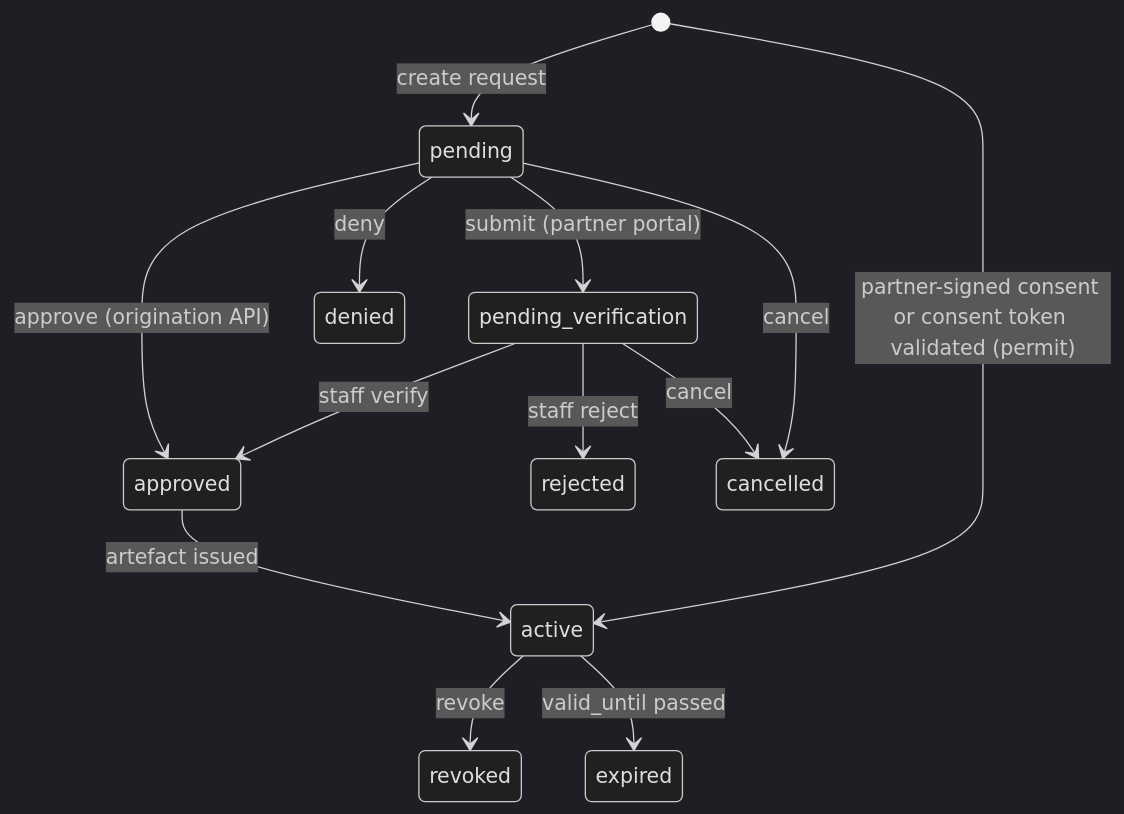
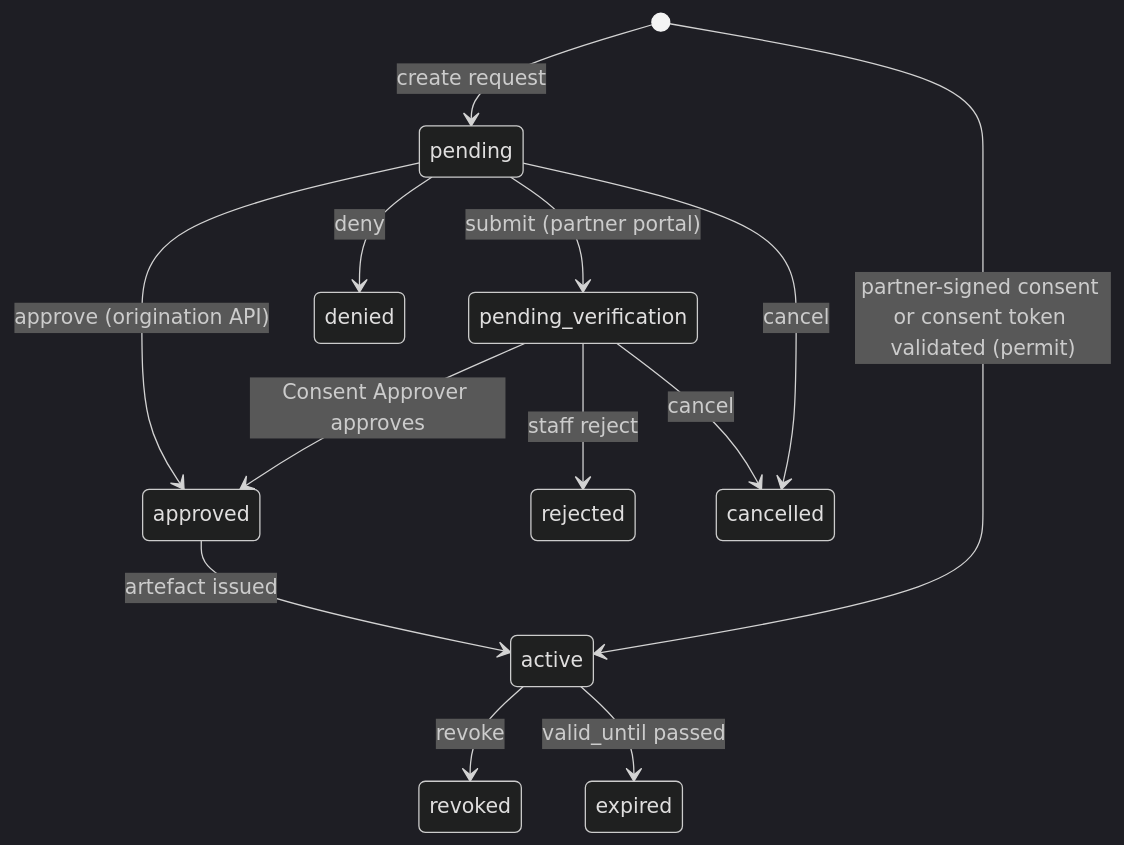
Before and after one commit to OpenG2P/openg2p-documentation: the second of 2 diagrams in consent-management/design/consent-lifecycle.md, drawn with Mermaid (dark theme). The commit also changed other lines of this file and 22 other files, not shown here.

````diff
--- a/consent-management/design/consent-lifecycle.md
+++ b/consent-management/design/consent-lifecycle.md
@@ -64,15 +64,15 @@
 ```mermaid
 stateDiagram-v2
   [*] --> pending: create request
   pending --> approved: approve (origination API)
   pending --> denied: deny
   pending --> pending_verification: submit (partner portal)
   pending --> cancelled: cancel
-  pending_verification --> approved: staff verify
+  pending_verification --> approved: Consent Approver approves
   pending_verification --> rejected: staff reject
   pending_verification --> cancelled: cancel
   approved --> active: artefact issued
   [*] --> active: partner-signed consent or consent token validated (permit)
   active --> revoked: revoke
   active --> expired: valid_until passed
 ```
````
